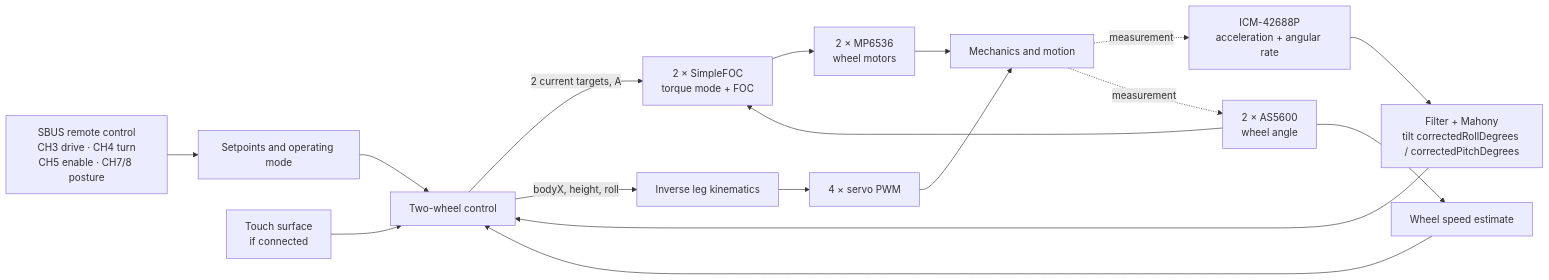
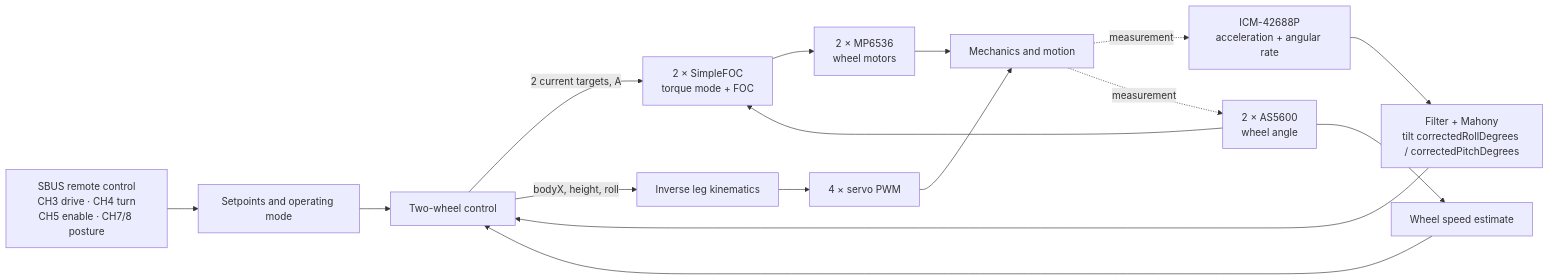
One commit to nikolasvoss/Navbot-ES02 changed the diagram in docs/robot/software/control-flow.md. Above: the diagram before and after it, drawn with Mermaid. The commit also changed other lines of this file and 8 other files, not shown here.

````diff
--- a/docs/robot/software/control-flow.md
+++ b/docs/robot/software/control-flow.md
@@ -13,19 +13,18 @@
 ```mermaid
 flowchart LR
     RC[SBUS remote control<br/>CH3 drive · CH4 turn<br/>CH5 enable · CH7/8 posture] --> CMD[Setpoints and operating mode]
     IMU[ICM-42688P<br/>acceleration + angular rate] --> MAH[Filter + Mahony<br/>tilt correctedRollDegrees / correctedPitchDegrees]
     ENC[2 × AS5600<br/>wheel angle] --> VEL[Wheel speed estimate]
     CMD --> CTRL[Two-wheel control]
     MAH --> CTRL
     VEL --> CTRL
-    TOUCH[Touch surface<br/>if connected] --> CTRL
     CTRL -->|2 current targets, A| FOC[2 × SimpleFOC<br/>torque mode + FOC]
     ENC --> FOC
     FOC --> DRV[2 × MP6536<br/>wheel motors]
     CTRL -->|bodyX, height, roll| IK[Inverse leg kinematics]
     IK --> SERVO[4 × servo PWM]
     DRV --> ROBOT[Mechanics and motion]
     SERVO --> ROBOT
     ROBOT -. measurement .-> IMU
     ROBOT -. measurement .-> ENC
 ```
````
